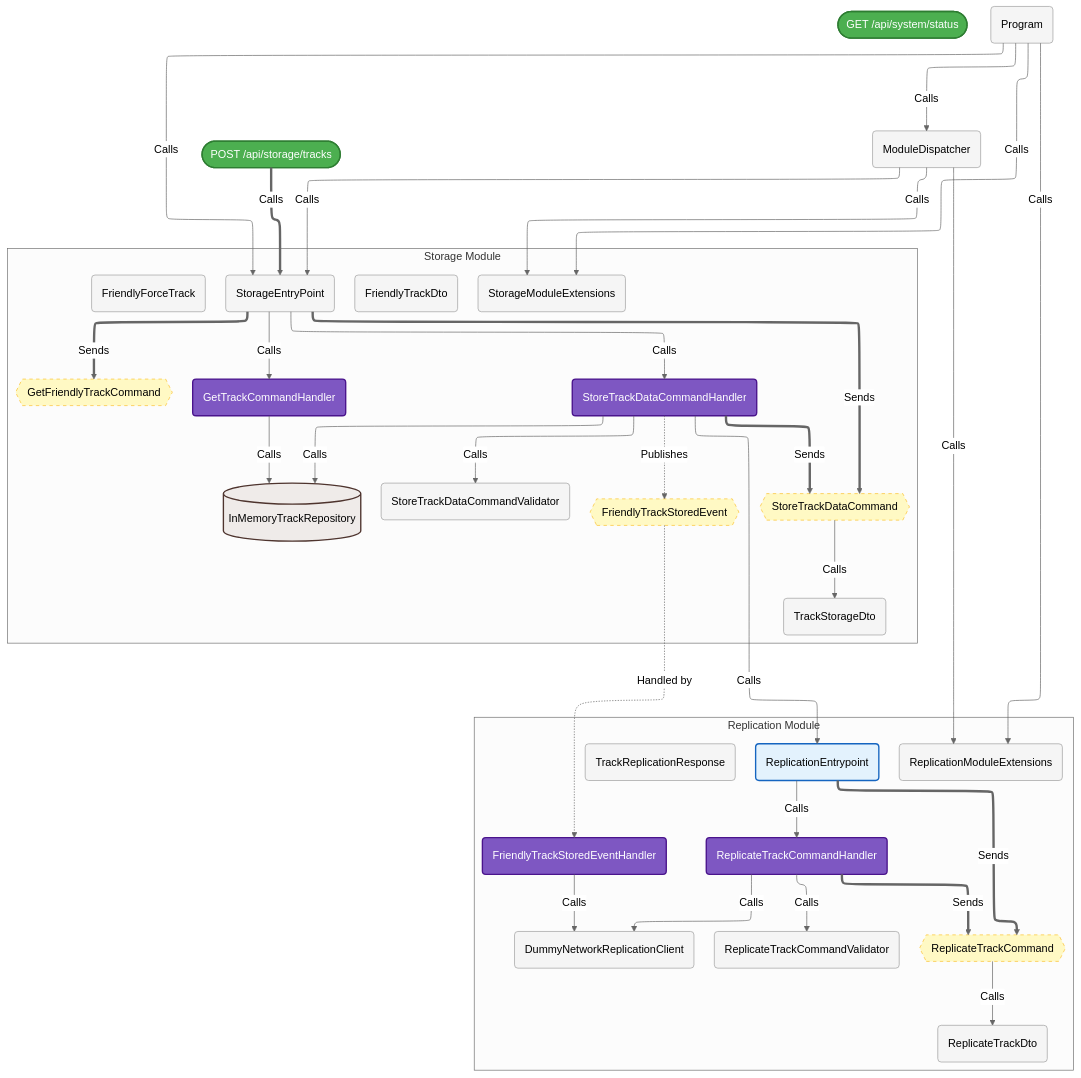
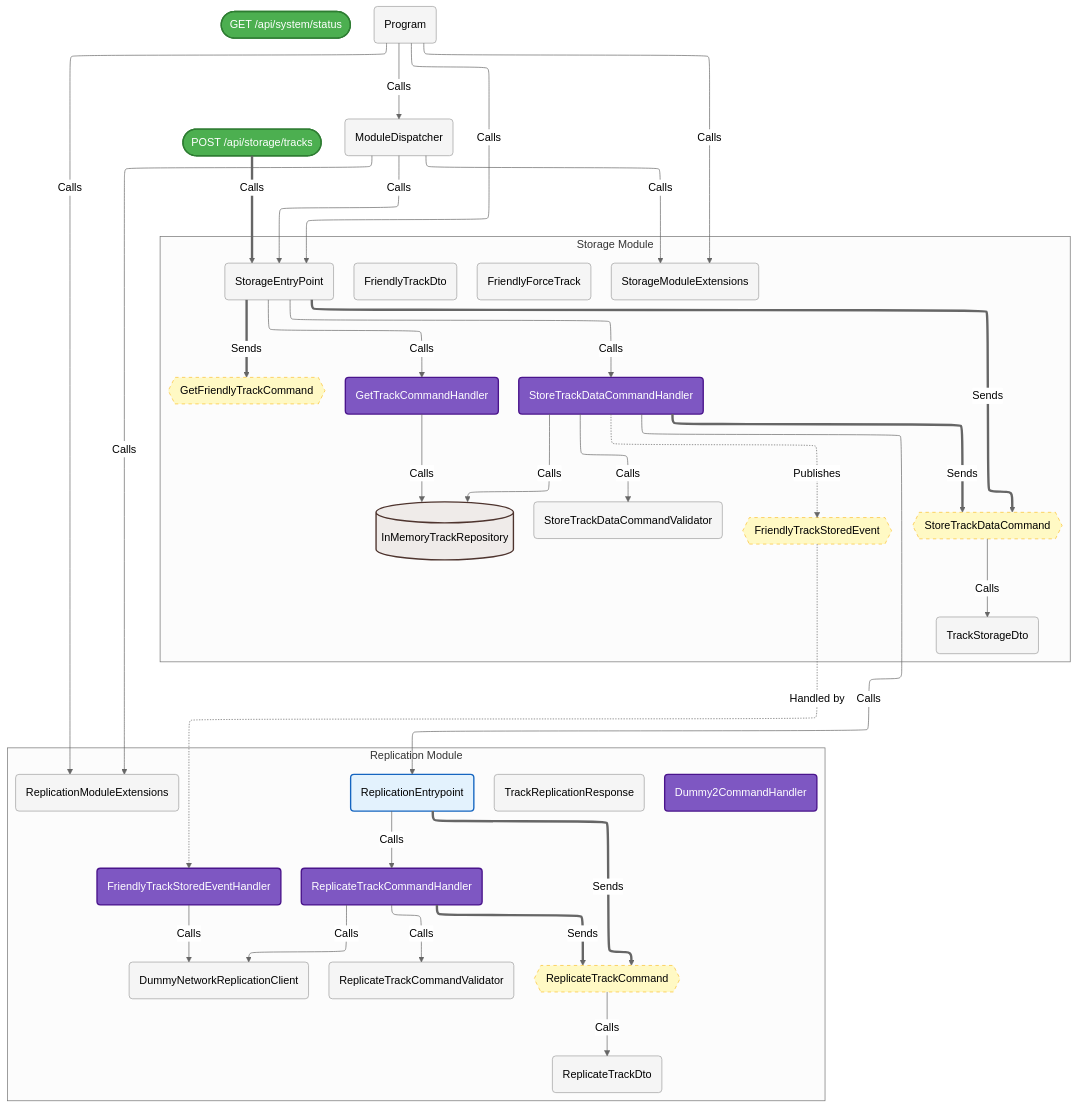
The diagram in src/Modulith.WebApi/ComponentDiagram.mmd (Wsm2110/Faster.Modulith.Pragmatic), drawn with Mermaid (neutral theme) before and after one commit. The commit also changed 24 other files, not shown here.

```diff
--- a/src/Modulith.WebApi/ComponentDiagram.mmd
+++ b/src/Modulith.WebApi/ComponentDiagram.mmd
@@ -1,64 +1,65 @@
 %%{init: {'flowchart': {'defaultRenderer': 'elk'}} }%%
 graph TD
     classDef endpoint fill:#4caf50,stroke:#2e7d32,stroke-width:2px,color:white;
     classDef facade fill:#e3f2fd,stroke:#1565c0,stroke-width:2px;
     classDef handler fill:#7e57c2,stroke:#4a148c,stroke-width:2px,color:white;
     classDef db fill:#efebe9,stroke:#4e342e,stroke-width:2px,shape:cylinder;
     classDef message fill:#fff9c4,stroke:#fbc02d,stroke-width:1px,stroke-dasharray: 5 5;
     classDef generic fill:#f5f5f5,stroke:#9e9e9e,stroke-width:1px;
     EP_POST_api_storage_tracks(["POST /api/storage/tracks"]):::endpoint
     EP_GET_api_system_status(["GET /api/system/status"]):::endpoint
     Program("Program"):::generic
     ModuleDispatcher("ModuleDispatcher"):::generic
-    subgraph Replication_Module ["Replication Module"]
-        Modulith_WebApi_Modules_Replication_ReplicationModuleExtensions("ReplicationModuleExtensions"):::generic
-        Modulith_WebApi_Modules_Replication_Contracts_ReplicateTrackDto("ReplicateTrackDto"):::generic
-        Modulith_WebApi_Modules_Replication_Contracts_TrackReplicationResponse("TrackReplicationResponse"):::generic
-        Modulith_WebApi_Modules_Replication_Application_ReplicationEntrypoint("ReplicationEntrypoint"):::facade
-        Modulith_WebApi_Modules_Replication_Application_EventHandlers_FriendlyTrackStoredEventHandler("FriendlyTrackStoredEventHandler"):::handler
-        Modulith_WebApi_Modules_Replication_Application_CommandHandlers_ReplicateTrackCommand{{"ReplicateTrackCommand"}}:::message
-        Modulith_WebApi_Modules_Replication_Application_CommandHandlers_ReplicateTrackCommandValidator("ReplicateTrackCommandValidator"):::generic
-        Modulith_WebApi_Modules_Replication_Application_CommandHandlers_ReplicateTrackCommandHandler("ReplicateTrackCommandHandler"):::handler
-        Modulith_WebApi_Modules_Replication_Infrastructure_DummyNetworkReplicationClient("DummyNetworkReplicationClient"):::generic
-    end
     subgraph Storage_Module ["Storage Module"]
         Modulith_WebApi_Modules_Storage_StorageModuleExtensions("StorageModuleExtensions"):::generic
-        Modulith_WebApi_Modules_Storage_Domain_FriendlyForceTrack("FriendlyForceTrack"):::generic
-        Modulith_WebApi_Modules_Storage_Contracts_FriendlyTrackDto("FriendlyTrackDto"):::generic
-        Modulith_WebApi_Modules_Storage_Contracts_FriendlyTrackStoredEvent{{"FriendlyTrackStoredEvent"}}:::message
-        Modulith_WebApi_Modules_Storage_Contracts_TrackStorageDto("TrackStorageDto"):::generic
         Modulith_WebApi_Modules_Storage_Application_StorageEntryPoint("StorageEntryPoint"):::generic
         Modulith_WebApi_Modules_Storage_Application_CommandHandlers_GetFriendlyTrackCommand{{"GetFriendlyTrackCommand"}}:::message
         Modulith_WebApi_Modules_Storage_Application_CommandHandlers_GetTrackCommandHandler("GetTrackCommandHandler"):::handler
         Modulith_WebApi_Modules_Storage_Application_CommandHandlers_StoreTrackDataCommand{{"StoreTrackDataCommand"}}:::message
         Modulith_WebApi_Modules_Storage_Application_CommandHandlers_StoreTrackDataCommandValidator("StoreTrackDataCommandValidator"):::generic
         Modulith_WebApi_Modules_Storage_Application_CommandHandlers_StoreTrackDataCommandHandler("StoreTrackDataCommandHandler"):::handler
+        Modulith_WebApi_Modules_Storage_Contracts_TrackStorageDto("TrackStorageDto"):::generic
+        Modulith_WebApi_Modules_Storage_Contracts_FriendlyTrackStoredEvent{{"FriendlyTrackStoredEvent"}}:::message
+        Modulith_WebApi_Modules_Storage_Contracts_FriendlyTrackDto("FriendlyTrackDto"):::generic
+        Modulith_WebApi_Modules_Storage_Domain_FriendlyForceTrack("FriendlyForceTrack"):::generic
         Modulith_WebApi_Modules_Storage_Infrastructure_InMemoryTrackRepository[("InMemoryTrackRepository")]:::db
+    end
+    subgraph Replication_Module ["Replication Module"]
+        Modulith_WebApi_Modules_Replication_ReplicationModuleExtensions("ReplicationModuleExtensions"):::generic
+        Modulith_WebApi_Modules_Replication_Application_ReplicationEntrypoint("ReplicationEntrypoint"):::facade
+        Modulith_WebApi_Modules_Replication_Application_CommandHandlers_Dummy2CommandHandler("Dummy2CommandHandler"):::handler
+        Modulith_WebApi_Modules_Replication_Application_CommandHandlers_ReplicateTrackCommand{{"ReplicateTrackCommand"}}:::message
+        Modulith_WebApi_Modules_Replication_Application_CommandHandlers_ReplicateTrackCommandValidator("ReplicateTrackCommandValidator"):::generic
+        Modulith_WebApi_Modules_Replication_Application_CommandHandlers_ReplicateTrackCommandHandler("ReplicateTrackCommandHandler"):::handler
+        Modulith_WebApi_Modules_Replication_Application_EventHandlers_FriendlyTrackStoredEventHandler("FriendlyTrackStoredEventHandler"):::handler
+        Modulith_WebApi_Modules_Replication_Contracts_TrackReplicationResponse("TrackReplicationResponse"):::generic
+        Modulith_WebApi_Modules_Replication_Contracts_ReplicateTrackDto("ReplicateTrackDto"):::generic
+        Modulith_WebApi_Modules_Replication_Infrastructure_DummyNetworkReplicationClient("DummyNetworkReplicationClient"):::generic
     end
     Program -->|"Calls"| ModuleDispatcher
     Program -->|"Calls"| Modulith_WebApi_Modules_Storage_StorageModuleExtensions
     Program -->|"Calls"| Modulith_WebApi_Modules_Replication_ReplicationModuleExtensions
     Program -->|"Calls"| Modulith_WebApi_Modules_Storage_Application_StorageEntryPoint
     EP_POST_api_storage_tracks ==>|"Calls"| Modulith_WebApi_Modules_Storage_Application_StorageEntryPoint
     ModuleDispatcher -->|"Calls"| Modulith_WebApi_Modules_Storage_StorageModuleExtensions
     ModuleDispatcher -->|"Calls"| Modulith_WebApi_Modules_Replication_ReplicationModuleExtensions
     ModuleDispatcher -->|"Calls"| Modulith_WebApi_Modules_Storage_Application_StorageEntryPoint
-    Modulith_WebApi_Modules_Replication_Application_ReplicationEntrypoint -->|"Calls"| Modulith_WebApi_Modules_Replication_Application_CommandHandlers_ReplicateTrackCommandHandler
-    Modulith_WebApi_Modules_Replication_Application_EventHandlers_FriendlyTrackStoredEventHandler -->|"Calls"| Modulith_WebApi_Modules_Replication_Infrastructure_DummyNetworkReplicationClient
-    Modulith_WebApi_Modules_Replication_Application_CommandHandlers_ReplicateTrackCommand -->|"Calls"| Modulith_WebApi_Modules_Replication_Contracts_ReplicateTrackDto
-    Modulith_WebApi_Modules_Replication_Application_CommandHandlers_ReplicateTrackCommandHandler -->|"Calls"| Modulith_WebApi_Modules_Replication_Application_CommandHandlers_ReplicateTrackCommandValidator
-    Modulith_WebApi_Modules_Replication_Application_CommandHandlers_ReplicateTrackCommandHandler -->|"Calls"| Modulith_WebApi_Modules_Replication_Infrastructure_DummyNetworkReplicationClient
     Modulith_WebApi_Modules_Storage_Application_StorageEntryPoint -->|"Calls"| Modulith_WebApi_Modules_Storage_Application_CommandHandlers_StoreTrackDataCommandHandler
     Modulith_WebApi_Modules_Storage_Application_StorageEntryPoint -->|"Calls"| Modulith_WebApi_Modules_Storage_Application_CommandHandlers_GetTrackCommandHandler
     Modulith_WebApi_Modules_Storage_Application_CommandHandlers_GetTrackCommandHandler -->|"Calls"| Modulith_WebApi_Modules_Storage_Infrastructure_InMemoryTrackRepository
     Modulith_WebApi_Modules_Storage_Application_CommandHandlers_StoreTrackDataCommand -->|"Calls"| Modulith_WebApi_Modules_Storage_Contracts_TrackStorageDto
     Modulith_WebApi_Modules_Storage_Application_CommandHandlers_StoreTrackDataCommandHandler -->|"Calls"| Modulith_WebApi_Modules_Storage_Application_CommandHandlers_StoreTrackDataCommandValidator
     Modulith_WebApi_Modules_Storage_Application_CommandHandlers_StoreTrackDataCommandHandler -->|"Calls"| Modulith_WebApi_Modules_Storage_Infrastructure_InMemoryTrackRepository
     Modulith_WebApi_Modules_Storage_Application_CommandHandlers_StoreTrackDataCommandHandler -->|"Calls"| Modulith_WebApi_Modules_Replication_Application_ReplicationEntrypoint
-    Modulith_WebApi_Modules_Replication_Application_ReplicationEntrypoint ==>|"Sends"| Modulith_WebApi_Modules_Replication_Application_CommandHandlers_ReplicateTrackCommand
-    Modulith_WebApi_Modules_Replication_Application_CommandHandlers_ReplicateTrackCommandHandler ==>|"Sends"| Modulith_WebApi_Modules_Replication_Application_CommandHandlers_ReplicateTrackCommand
+    Modulith_WebApi_Modules_Replication_Application_ReplicationEntrypoint -->|"Calls"| Modulith_WebApi_Modules_Replication_Application_CommandHandlers_ReplicateTrackCommandHandler
+    Modulith_WebApi_Modules_Replication_Application_CommandHandlers_ReplicateTrackCommand -->|"Calls"| Modulith_WebApi_Modules_Replication_Contracts_ReplicateTrackDto
+    Modulith_WebApi_Modules_Replication_Application_CommandHandlers_ReplicateTrackCommandHandler -->|"Calls"| Modulith_WebApi_Modules_Replication_Application_CommandHandlers_ReplicateTrackCommandValidator
+    Modulith_WebApi_Modules_Replication_Application_CommandHandlers_ReplicateTrackCommandHandler -->|"Calls"| Modulith_WebApi_Modules_Replication_Infrastructure_DummyNetworkReplicationClient
+    Modulith_WebApi_Modules_Replication_Application_EventHandlers_FriendlyTrackStoredEventHandler -->|"Calls"| Modulith_WebApi_Modules_Replication_Infrastructure_DummyNetworkReplicationClient
     Modulith_WebApi_Modules_Storage_Application_StorageEntryPoint ==>|"Sends"| Modulith_WebApi_Modules_Storage_Application_CommandHandlers_StoreTrackDataCommand
     Modulith_WebApi_Modules_Storage_Application_StorageEntryPoint ==>|"Sends"| Modulith_WebApi_Modules_Storage_Application_CommandHandlers_GetFriendlyTrackCommand
     Modulith_WebApi_Modules_Storage_Application_CommandHandlers_StoreTrackDataCommandHandler ==>|"Sends"| Modulith_WebApi_Modules_Storage_Application_CommandHandlers_StoreTrackDataCommand
     Modulith_WebApi_Modules_Storage_Application_CommandHandlers_StoreTrackDataCommandHandler -.->|"Publishes"| Modulith_WebApi_Modules_Storage_Contracts_FriendlyTrackStoredEvent
     Modulith_WebApi_Modules_Storage_Contracts_FriendlyTrackStoredEvent -.->|"Handled by"| Modulith_WebApi_Modules_Replication_Application_EventHandlers_FriendlyTrackStoredEventHandler
+    Modulith_WebApi_Modules_Replication_Application_ReplicationEntrypoint ==>|"Sends"| Modulith_WebApi_Modules_Replication_Application_CommandHandlers_ReplicateTrackCommand
+    Modulith_WebApi_Modules_Replication_Application_CommandHandlers_ReplicateTrackCommandHandler ==>|"Sends"| Modulith_WebApi_Modules_Replication_Application_CommandHandlers_ReplicateTrackCommand
```
